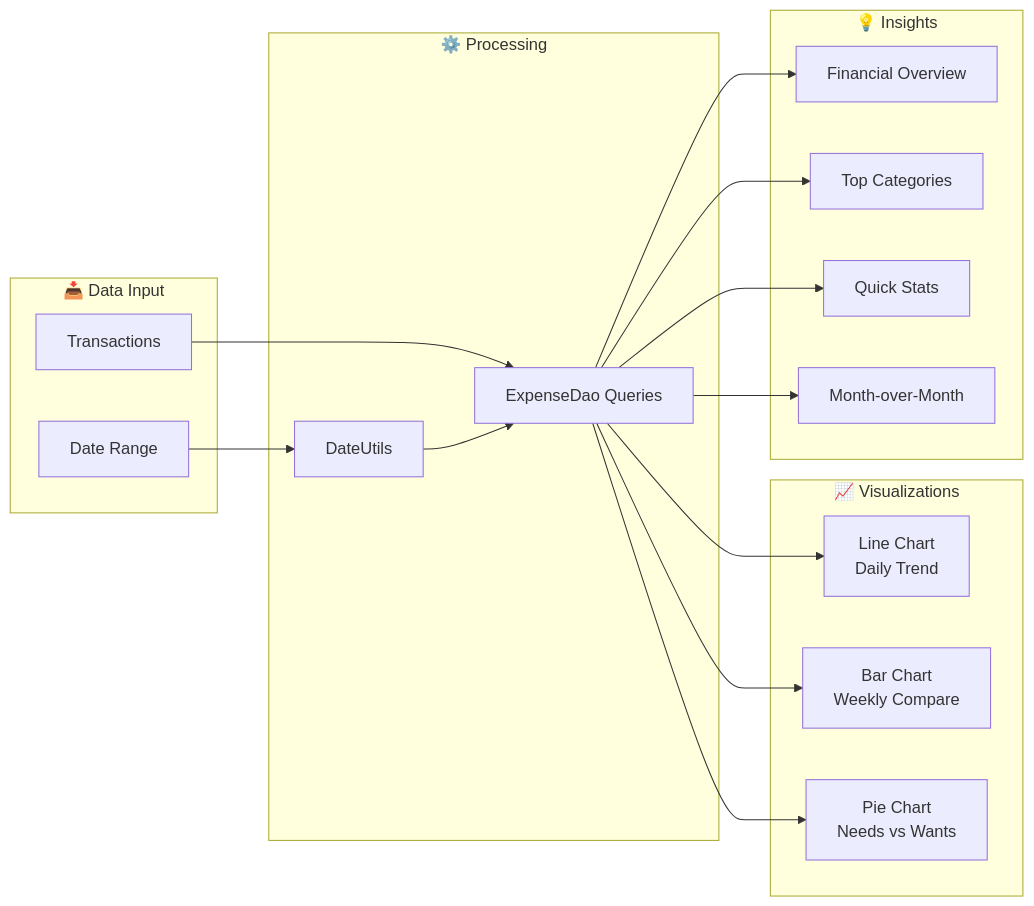
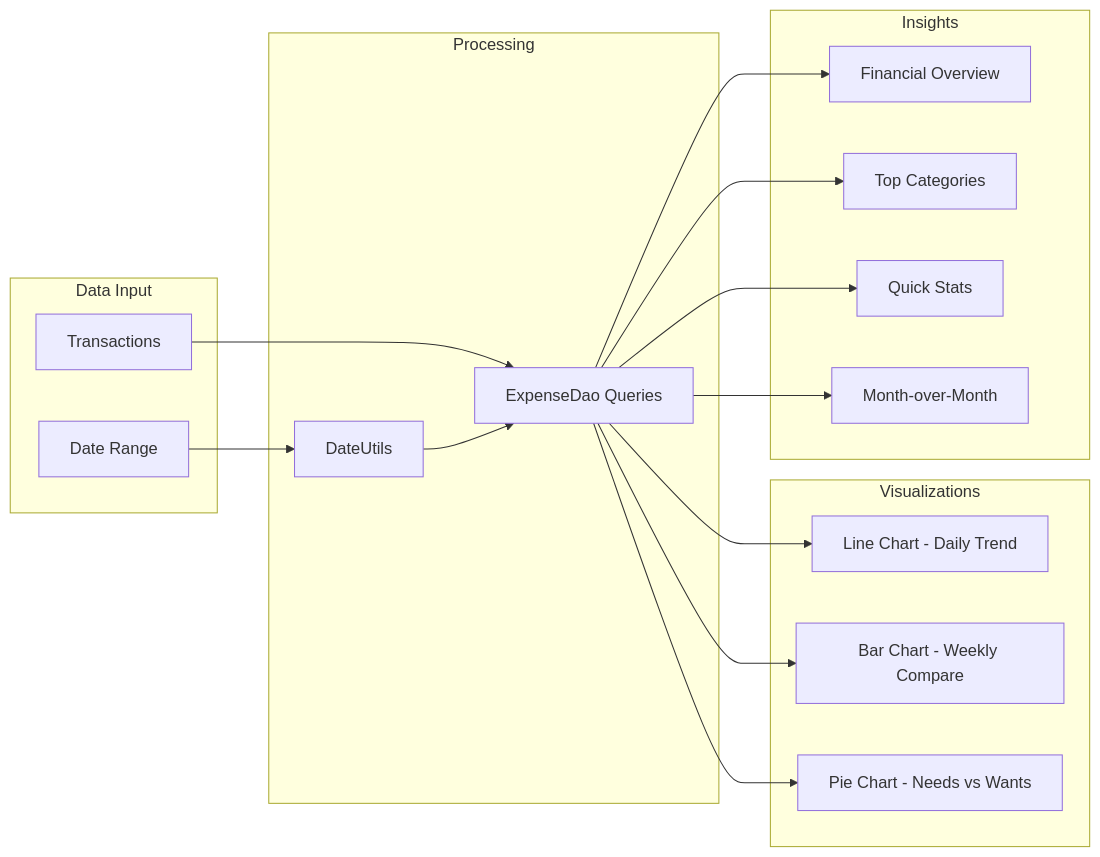
One commit to VishnuKant0925/Expanse_Tracker changed the second of 5 diagrams in README.md. Above: the diagram before and after it, drawn with Mermaid. The commit also changed other lines of this file, not shown here.

````diff
--- a/README.md
+++ b/README.md
@@ -69,37 +69,37 @@
 ```mermaid
 flowchart LR
-    subgraph Input["📥 Data Input"]
+    subgraph Input[Data Input]
         T[Transactions]
         D[Date Range]
     end
 
-    subgraph Processing["⚙️ Processing"]
+    subgraph Processing[Processing]
         DAO[ExpenseDao Queries]
         DU[DateUtils]
     end
 
-    subgraph Charts["📈 Visualizations"]
-        LC[Line Chart<br/>Daily Trend]
-        BC[Bar Chart<br/>Weekly Compare]
-        PC[Pie Chart<br/>Needs vs Wants]
+    subgraph Charts[Visualizations]
+        LC[Line Chart - Daily Trend]
+        BC[Bar Chart - Weekly Compare]
+        PC[Pie Chart - Needs vs Wants]
     end
 
-    subgraph Insights["💡 Insights"]
+    subgraph Insights[Insights]
         FO[Financial Overview]
         TC[Top Categories]
         QI[Quick Stats]
         MOM[Month-over-Month]
     end
 
     T --> DAO
     D --> DU
     DU --> DAO
 
     DAO --> LC
     DAO --> BC
     DAO --> PC
     DAO --> FO
     DAO --> TC
     DAO --> QI
     DAO --> MOM
 ```
````
